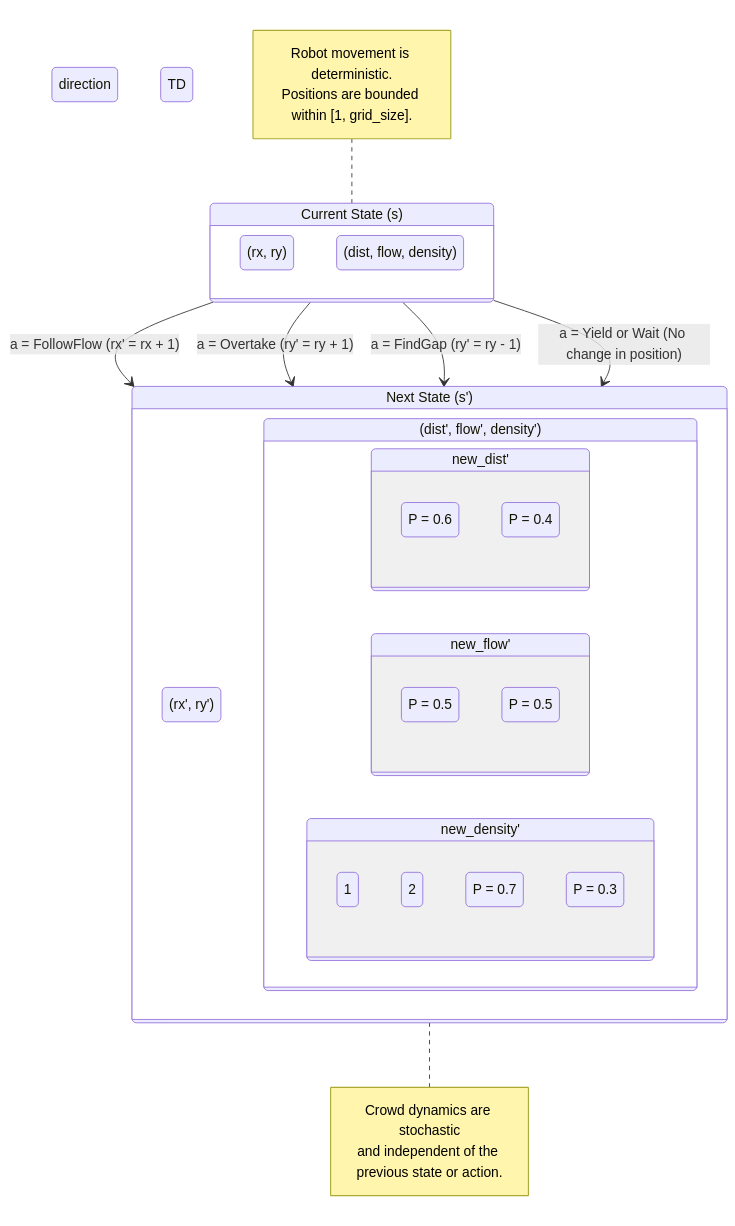
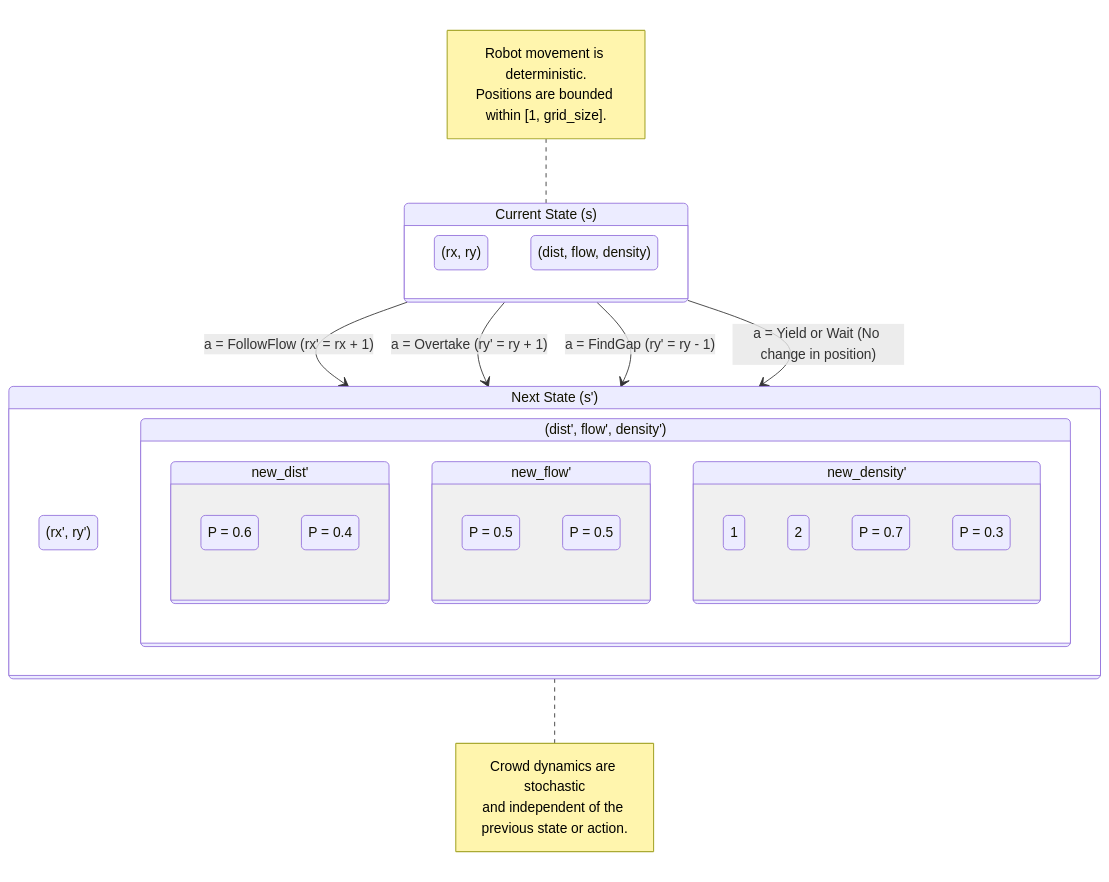
The diagram in README.md (hoashalarajh/Partially-Observable-Markov-Decision-Process-based-Robot-Decision-Making), drawn with Mermaid before and after one commit.

Commit message:
Change diagram direction from TD to TB

````diff
--- a/README.md
+++ b/README.md
@@ -36,50 +36,50 @@
 ```mermaid
 stateDiagram-v2
-    direction TD
+    direction TB
 
     %% Define the states
     state "Current State (s)" as S {
         direction TB
         Robot_Pos: (rx, ry)
         Crowd_State: (dist, flow, density)
     }
 
     state "Next State (s')" as S_prime {
         direction TB
         Robot_Pos_New: (rx', ry')
         Crowd_State_New: (dist', flow', density')
     }
 
     %% Part 1: Deterministic Robot Transitions based on Action (a)
     note left of S
         Robot movement is deterministic.
         Positions are bounded within [1, grid_size].
     end note
     
     S --> S_prime : a = FollowFlow (rx' = rx + 1)
     S --> S_prime : a = Overtake (ry' = ry + 1)
     S --> S_prime : a = FindGap (ry' = ry - 1)
     S --> S_prime : a = Yield or Wait (No change in position)
 
     %% Part 2: Stochastic Crowd Transition (Independent of Action)
     note right of S_prime
         Crowd dynamics are stochastic
         and independent of the previous state or action.
     end note
 
     state Crowd_State_New {
-        direction LR
+        direction TB
         state "new_dist'" as ND {
             1 (Far) : P = 0.6
             2 (Near) : P = 0.4
         }
         state "new_flow'" as NF {
             1 (Aligned) : P = 0.5
             2 (Opposing) : P = 0.5
         }
         state "new_density'" as NDen {
             1 (Low) : P = 0.7
             2 (High) : P = 0.3
         }
     }
 ```
````
